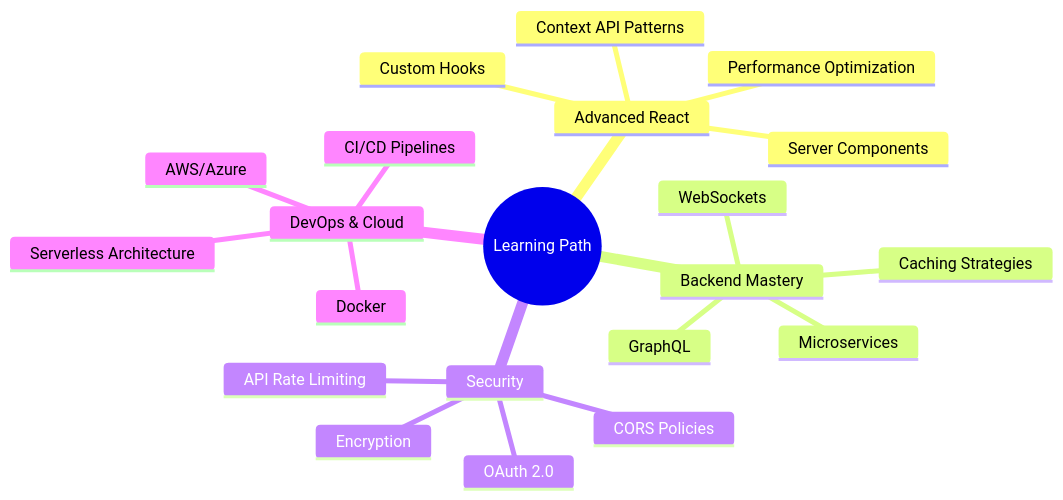
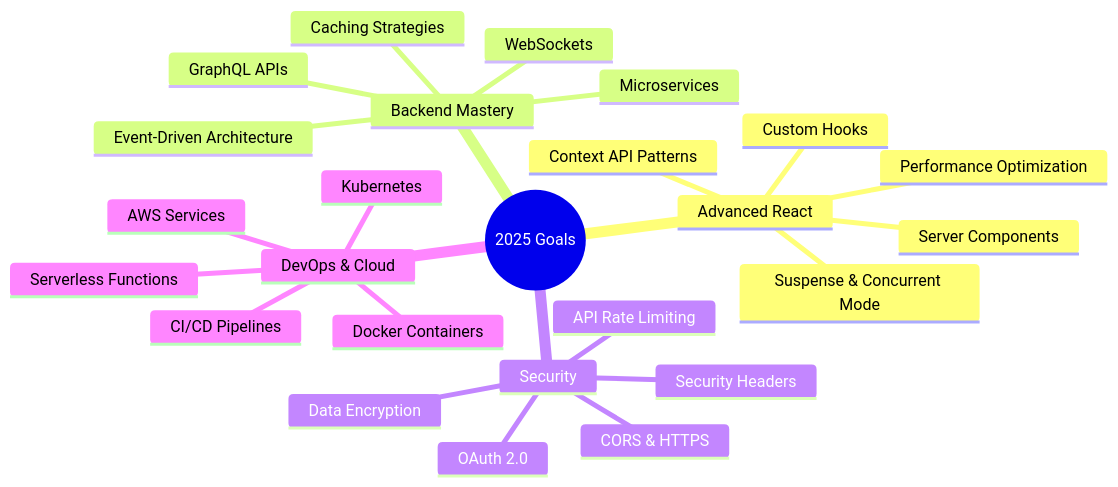
Before and after one commit to EverbestDev/EverbestDev: the diagram in README.md, drawn with Mermaid. The commit also changed other lines of this file, not shown here.

````diff
--- a/README.md
+++ b/README.md
@@ -206,24 +249,28 @@
 ```mermaid
 mindmap
-  root((Learning Path))
+  root((2025 Goals))
     Advanced React
       Custom Hooks
       Performance Optimization
       Context API Patterns
       Server Components
+      Suspense & Concurrent Mode
     Backend Mastery
       Microservices
-      GraphQL
+      GraphQL APIs
       WebSockets
       Caching Strategies
+      Event-Driven Architecture
     Security
       OAuth 2.0
       API Rate Limiting
-      Encryption
-      CORS Policies
+      Data Encryption
+      CORS & HTTPS
+      Security Headers
     DevOps & Cloud
-      Docker
+      Docker Containers
       CI/CD Pipelines
-      AWS/Azure
-      Serverless Architecture
+      AWS Services
+      Kubernetes
+      Serverless Functions
 ```
````
